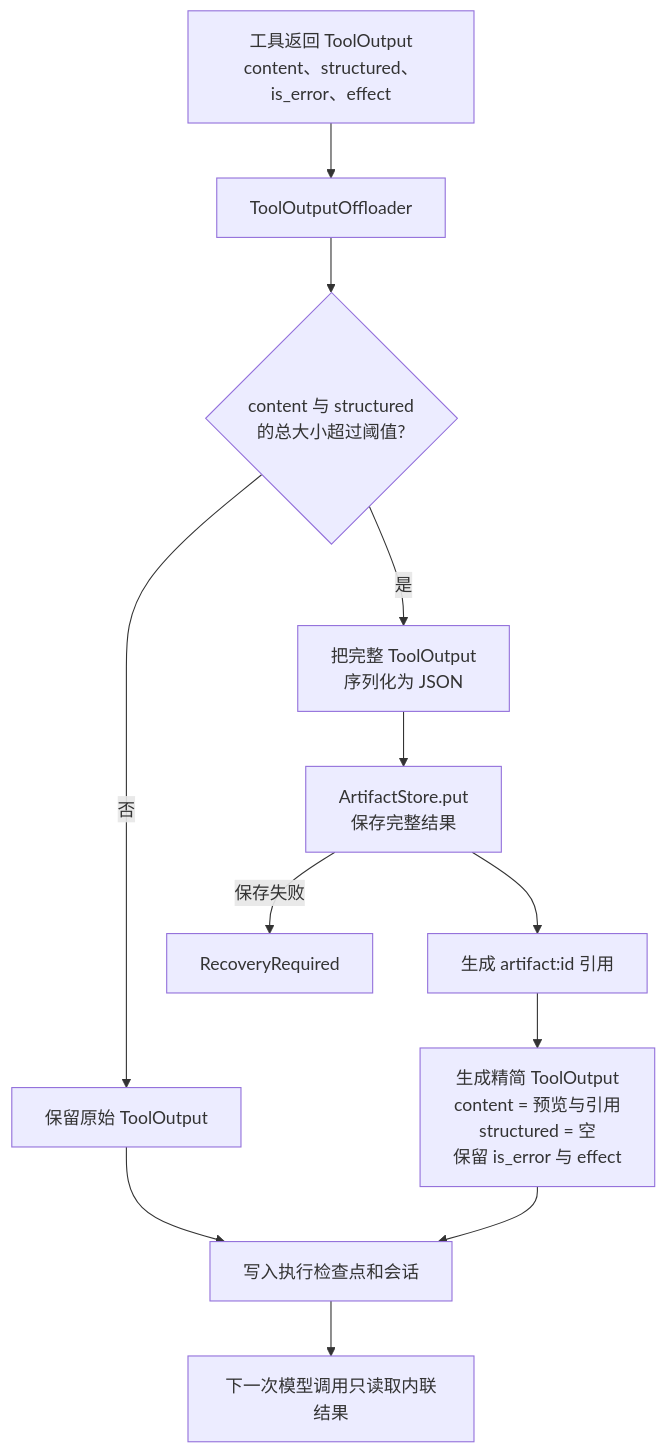
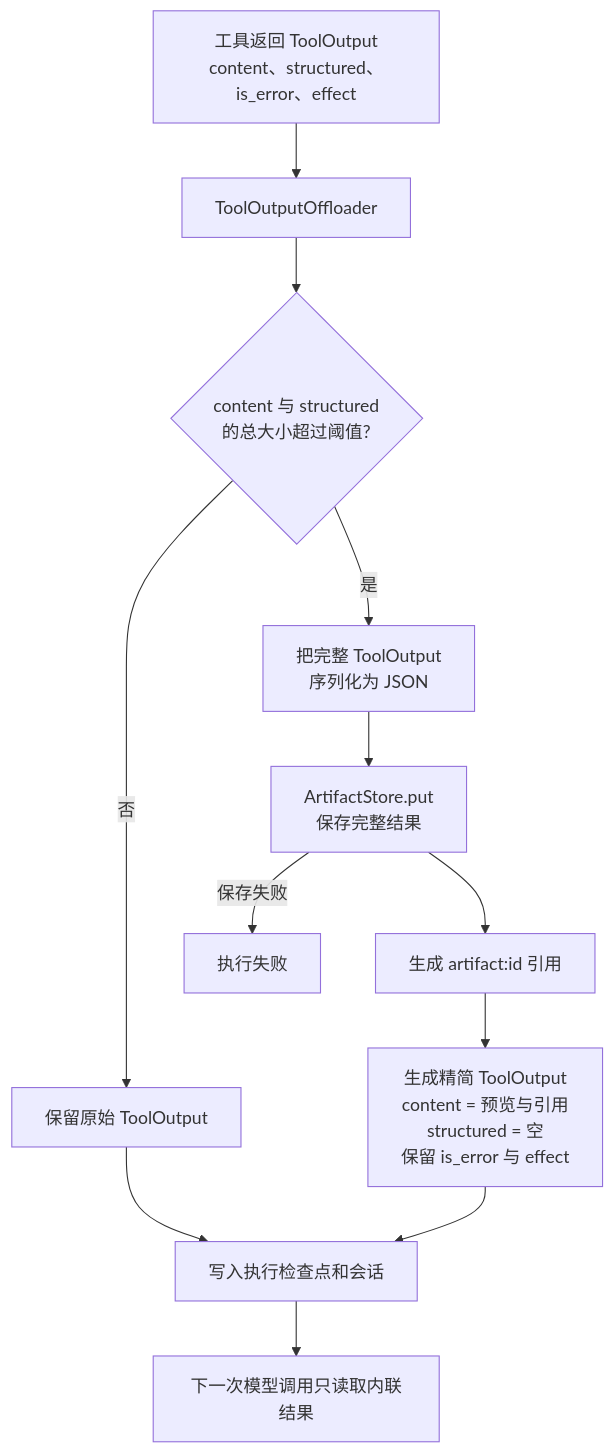
One commit to Penglai-Link/eliteforge-agent-framework changed the seventh of 16 diagrams in docs/architecture.md. Above: the diagram before and after it, drawn with Mermaid. The commit also changed other lines of this file and 28 other files, not shown here.

````diff
--- a/docs/architecture.md
+++ b/docs/architecture.md
@@ -271,14 +270,14 @@
 ```mermaid
 flowchart TD
     Tool[工具返回 ToolOutput<br/>content、structured、is_error、effect] --> Offloader[ToolOutputOffloader]
     Offloader --> Size{content 与 structured<br/>的总大小超过阈值?}
     Size -->|否| Inline[保留原始 ToolOutput]
     Size -->|是| Serialize[把完整 ToolOutput<br/>序列化为 JSON]
     Serialize --> Store[ArtifactStore.put<br/>保存完整结果]
     Store --> Reference[生成 artifact:id 引用]
     Reference --> Preview[生成精简 ToolOutput<br/>content = 预览与引用<br/>structured = 空<br/>保留 is_error 与 effect]
     Inline --> Persist[写入执行检查点和会话]
     Preview --> Persist
     Persist --> Model[下一次模型调用只读取内联结果]
-    Store -->|保存失败| Recovery[RecoveryRequired]
+    Store -->|保存失败| Failed[执行失败]
 ```
````
